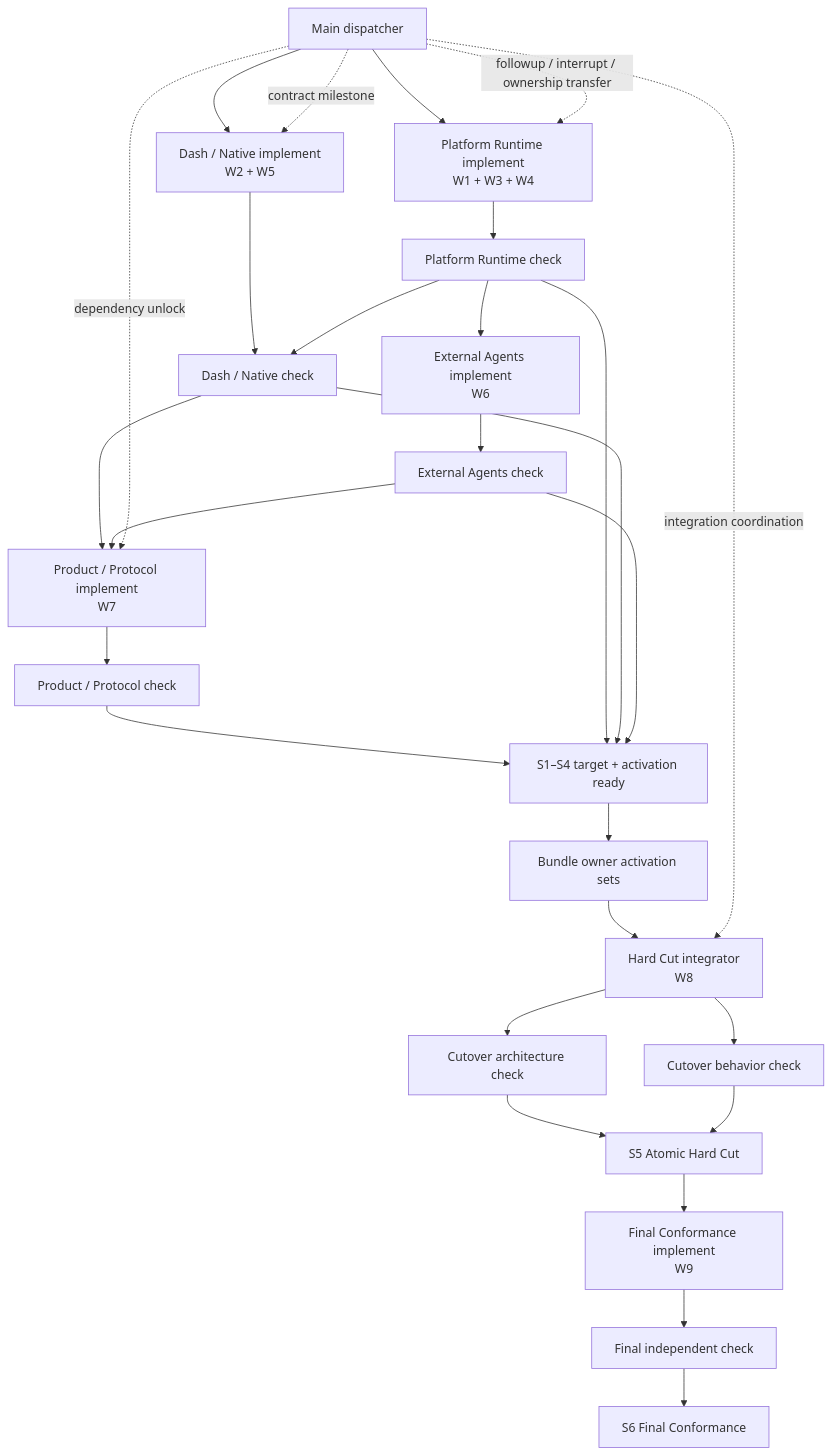
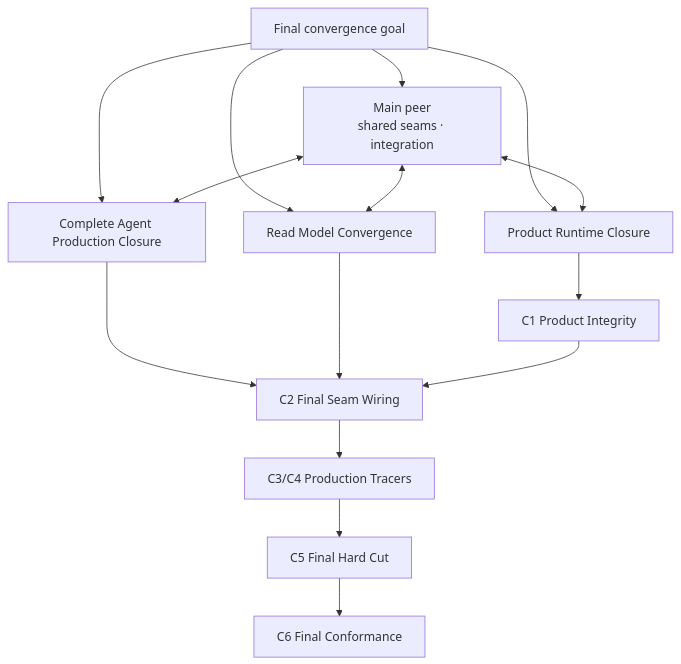
The seventh of 7 diagrams in .trellis/tasks/07-17-agent-runtime-compaction-state-protocol-review/transition-architecture.md (syan2018/AgentDash), drawn with Mermaid before and after one commit. The commit also changed other lines of this file and 1 other file, not shown here.

First line of the commit message:
docs(agent-runtime): 统一目标驱动并行执行

````diff
--- a/.trellis/tasks/07-17-agent-runtime-compaction-state-protocol-review/transition-architecture.md
+++ b/.trellis/tasks/07-17-agent-runtime-compaction-state-protocol-review/transition-architecture.md
@@ -662,48 +671,25 @@
 ```mermaid
 flowchart TD
-    MAIN["Main dispatcher"]
+    GOAL["Final convergence goal"]
+    MAIN["Main peer<br/>shared seams · integration"]
+    PRODUCT["Product Runtime Closure"]
+    AGENT["Complete Agent Production Closure"]
+    READ["Read Model Convergence"]
+    C1["C1 Product Integrity"]
+    C2["C2 Final Seam Wiring"]
+    C3["C3/C4 Production Tracers"]
+    C5["C5 Final Hard Cut"]
+    C6["C6 Final Conformance"]
 
-    PLATFORM["Platform Runtime implement<br/>W1 + W3 + W4"]
-    PLATFORM_CHECK["Platform Runtime check"]
-    DASH["Dash / Native implement<br/>W2 + W5"]
-    DASH_CHECK["Dash / Native check"]
-    EXTERNAL["External Agents implement<br/>W6"]
-    EXTERNAL_CHECK["External Agents check"]
-    PRODUCT["Product / Protocol implement<br/>W7"]
-    PRODUCT_CHECK["Product / Protocol check"]
-
-    READY["S1–S4 target + activation ready"]
-    ACT["Bundle owner activation sets"]
-    W8I["Hard Cut integrator<br/>W8"]
-    W8A["Cutover architecture check"]
-    W8B["Cutover behavior check"]
-    S5["S5 Atomic Hard Cut"]
-
-    W9I["Final Conformance implement<br/>W9"]
-    W9C["Final independent check"]
-    S6["S6 Final Conformance"]
-
-    MAIN --> PLATFORM --> PLATFORM_CHECK
-    MAIN --> DASH
-    DASH --> DASH_CHECK
-    PLATFORM_CHECK --> DASH_CHECK
-    PLATFORM_CHECK --> EXTERNAL --> EXTERNAL_CHECK
-    DASH_CHECK --> PRODUCT
-    EXTERNAL_CHECK --> PRODUCT
-    PRODUCT --> PRODUCT_CHECK --> READY
-    PLATFORM_CHECK --> READY
-    DASH_CHECK --> READY
-    EXTERNAL_CHECK --> READY
-
-    READY --> ACT --> W8I
-    W8I --> W8A
-    W8I --> W8B
-    W8A --> S5
-    W8B --> S5
-    S5 --> W9I --> W9C --> S6
-
-    MAIN -. "contract milestone" .-> DASH
-    MAIN -. "followup / interrupt / ownership transfer" .-> PLATFORM
-    MAIN -. "dependency unlock" .-> PRODUCT
-    MAIN -. "integration coordination" .-> W8I
+    GOAL --> MAIN
+    GOAL --> PRODUCT
+    GOAL --> AGENT
+    GOAL --> READ
+    MAIN <--> PRODUCT
+    MAIN <--> AGENT
+    MAIN <--> READ
+    PRODUCT --> C1
+    AGENT --> C2
+    READ --> C2
+    C1 --> C2 --> C3 --> C5 --> C6
 ```
````
